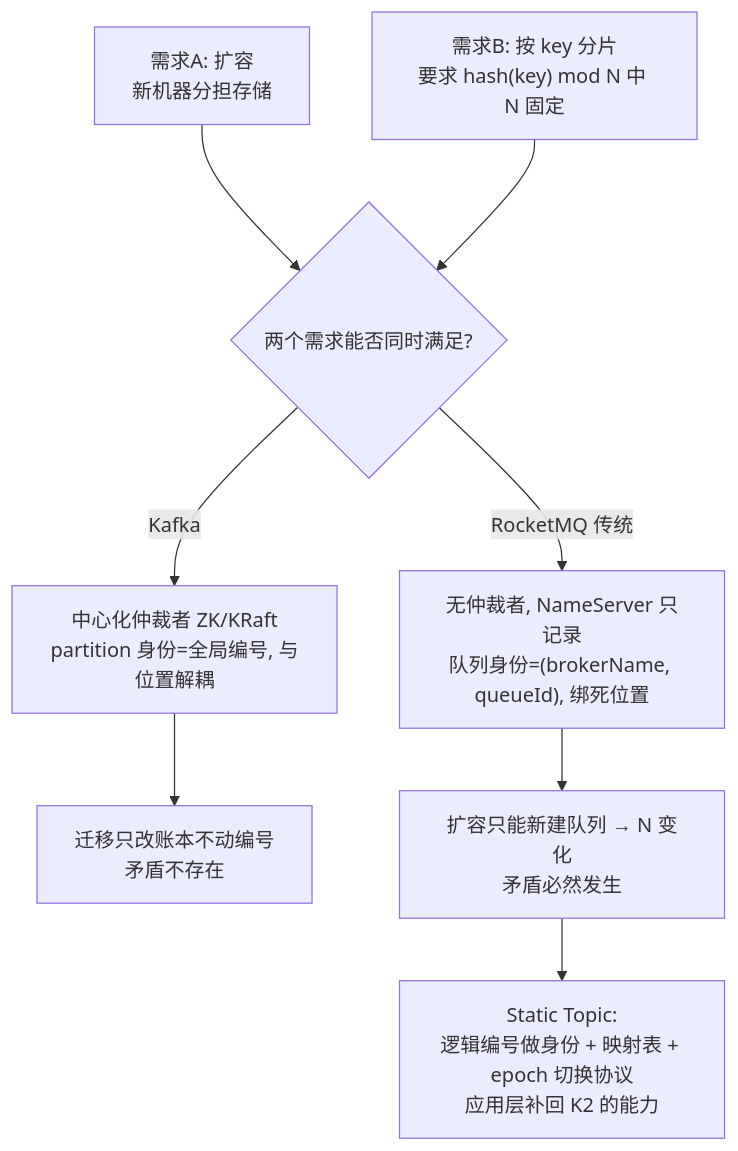
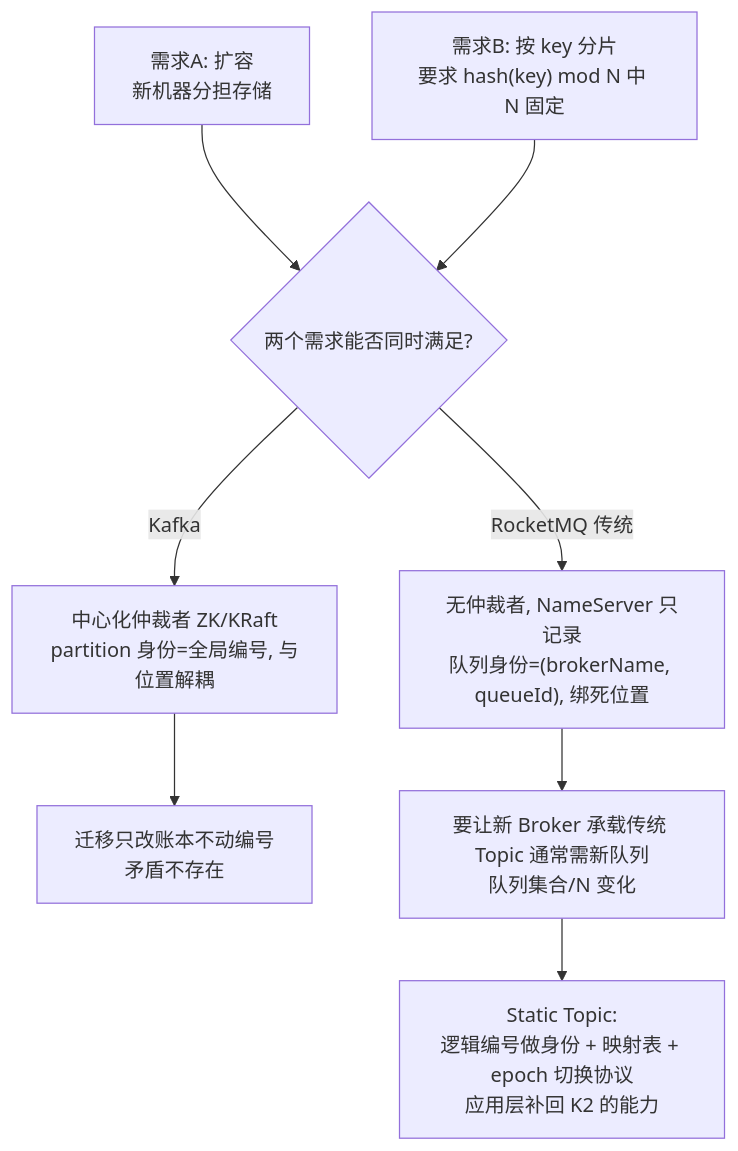
One commit to skt-shinyruo/rocketmq changed the second of 2 diagrams in learning_notes/rocketmq_static_topic_logic_queue.md. Above: the diagram before and after it, drawn with Mermaid. The commit also changed other lines of this file and 11 other files, not shown here.

````diff
--- a/learning_notes/rocketmq_static_topic_logic_queue.md
+++ b/learning_notes/rocketmq_static_topic_logic_queue.md
@@ -633,14 +639,14 @@
 ```mermaid
 graph TD
     R1["需求A: 扩容<br/>新机器分担存储"] --> CONFLICT
     R2["需求B: 按 key 分片<br/>要求 hash(key) mod N 中 N 固定"] --> CONFLICT
     CONFLICT{"两个需求能否同时满足?"}
 
     CONFLICT -->|"Kafka"| K["中心化仲裁者 ZK/KRaft<br/>partition 身份=全局编号, 与位置解耦"]
     K --> K2["迁移只改账本不动编号<br/>矛盾不存在"]
 
     CONFLICT -->|"RocketMQ 传统"| M["无仲裁者, NameServer 只记录<br/>队列身份=(brokerName, queueId), 绑死位置"]
-    M --> M2["扩容只能新建队列 → N 变化<br/>矛盾必然发生"]
+    M --> M2["要让新 Broker 承载传统 Topic 通常需新队列<br/>队列集合/N 变化"]
 
     M2 --> S["Static Topic:<br/>逻辑编号做身份 + 映射表 + epoch 切换协议<br/>应用层补回 K2 的能力"]
 ```
````
